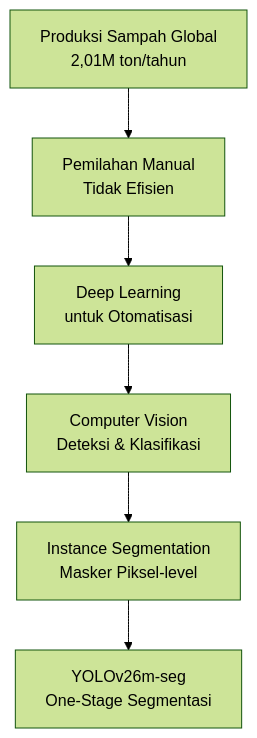
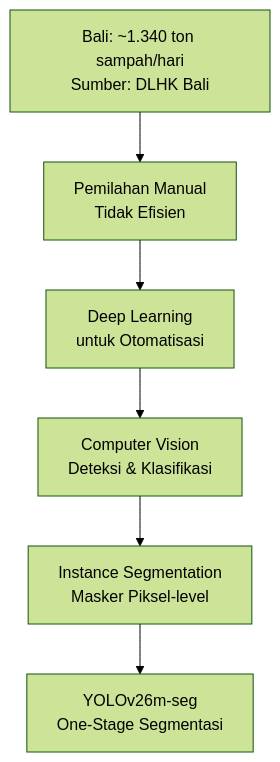
The second of 14 diagrams in proposalPaper/presentation.md (aryaw/SmartBin), drawn with Mermaid (forest theme) before and after one commit. The commit also changed other lines of this file and 2 other files, not shown here.

````diff
--- a/proposalPaper/presentation.md
+++ b/proposalPaper/presentation.md
@@ -37,8 +74,8 @@
 ```mermaid
 flowchart TD
-    A[Produksi Sampah Global<br/>2,01M ton/tahun] --> B[Pemilahan Manual<br/>Tidak Efisien]
-    B --> C[Deep Learning<br/>untuk Otomatisasi]
-    C --> D[Computer Vision<br/>Deteksi & Klasifikasi]
-    D --> E[Instance Segmentation<br/>Masker Piksel-level]
-    E --> F[YOLOv26m-seg<br/>One-Stage Segmentasi]
+    A["Bali: ~1.340 ton sampah/hari<br/>Sumber: DLHK Bali"] --> B["Pemilahan Manual<br/>Tidak Efisien"]
+    B --> C["Deep Learning<br/>untuk Otomatisasi"]
+    C --> D["Computer Vision<br/>Deteksi & Klasifikasi"]
+    D --> E["Instance Segmentation<br/>Masker Piksel-level"]
+    E --> F["YOLOv26m-seg<br/>One-Stage Segmentasi"]
 ```
````
